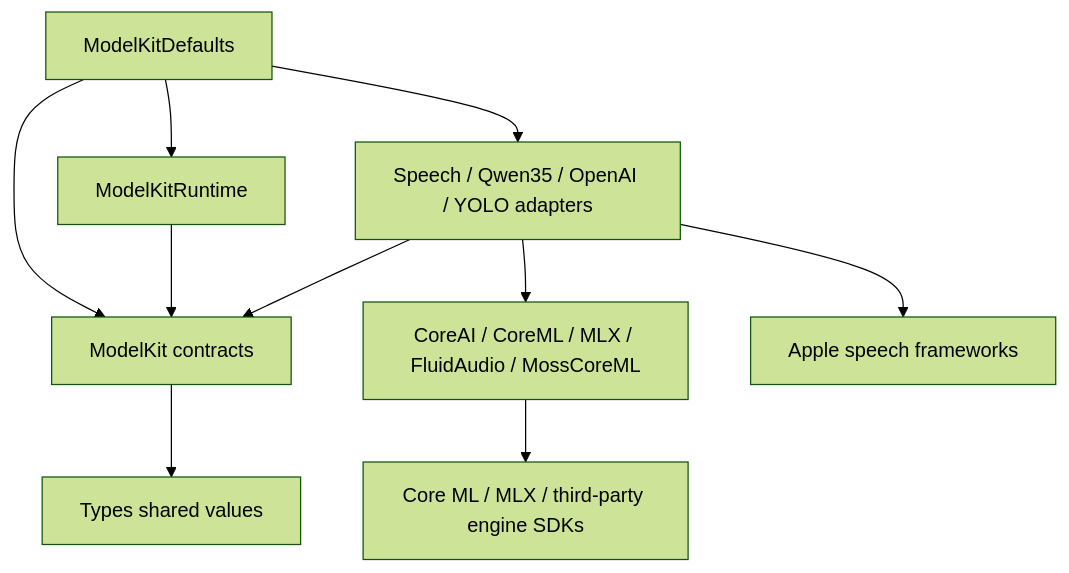
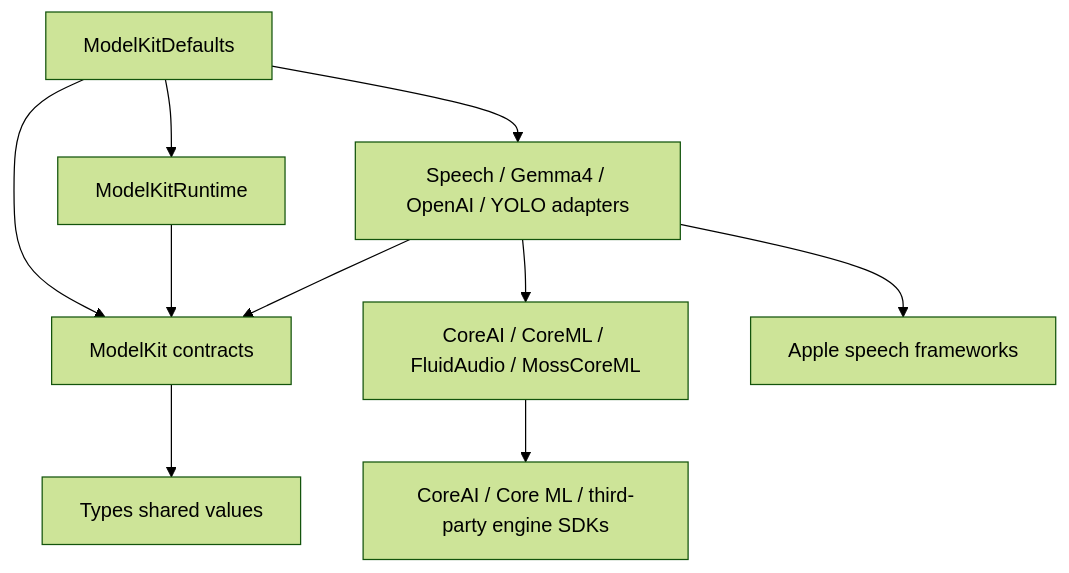
One commit to devilyouwei/MobileHarness changed the second of 3 diagrams in MobileHarness/ModelKit/README.md. Above: the diagram before and after it, drawn with Mermaid (forest theme). The commit also changed other lines of this file and 75 other files, not shown here.

Commit message:
Replace Qwen MLX chat with Gemma 4 CoreAI

````diff
--- a/MobileHarness/ModelKit/README.md
+++ b/MobileHarness/ModelKit/README.md
@@ -60,12 +60,12 @@
 ```mermaid
 flowchart TD
     Defaults[ModelKitDefaults] --> Runtime[ModelKitRuntime]
-    Defaults --> Adapters[Speech / Qwen35 / OpenAI / YOLO adapters]
+    Defaults --> Adapters[Speech / Gemma4 / OpenAI / YOLO adapters]
     Defaults --> Base[ModelKit contracts]
     Runtime --> Base
     Adapters --> Base
-    Adapters --> Backends[CoreAI / CoreML / MLX / FluidAudio / MossCoreML]
+    Adapters --> Backends[CoreAI / CoreML / FluidAudio / MossCoreML]
     Adapters --> System[Apple speech frameworks]
-    Backends --> Engines[Core ML / MLX / third-party engine SDKs]
+    Backends --> Engines[CoreAI / Core ML / third-party engine SDKs]
     Base --> Types[Types shared values]
 ```
````
